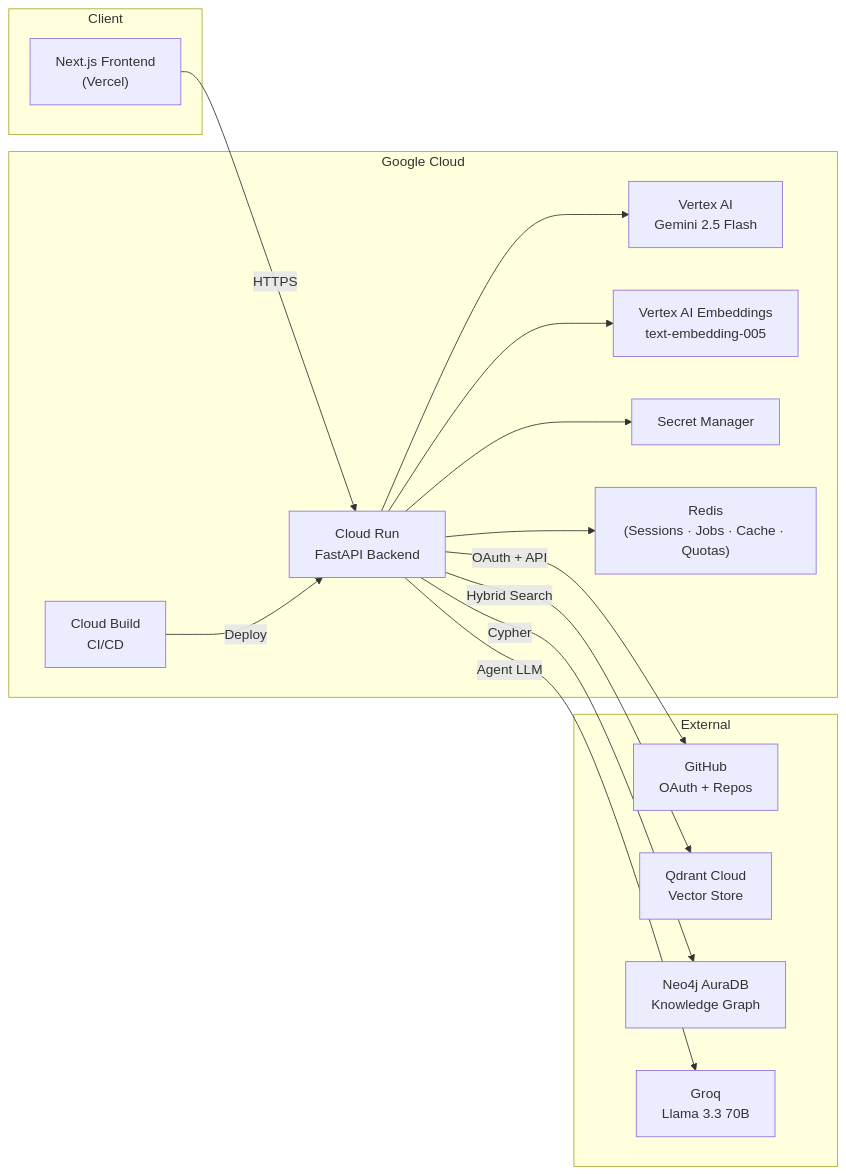
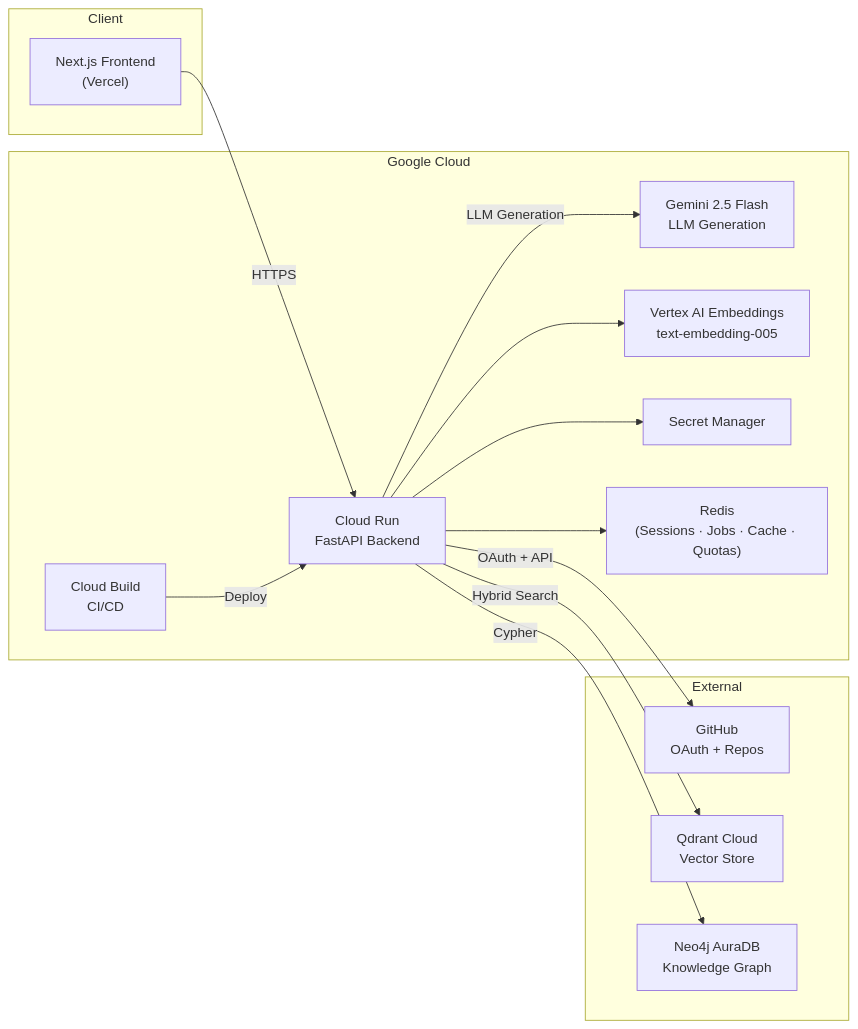
Before and after one commit to sktmbtkr01/Cortex-GraphRAG-Code-Intelligence-Platform: the first of 2 diagrams in README.md, drawn with Mermaid. The commit also changed other lines of this file, not shown here.

````diff
--- a/README.md
+++ b/README.md
@@ -42,33 +42,31 @@
 ```mermaid
 flowchart LR
     subgraph Client
         UI["Next.js Frontend<br/>(Vercel)"]
     end
 
     subgraph Google Cloud
         CR["Cloud Run<br/>FastAPI Backend"]
-        VA["Vertex AI<br/>Gemini 2.5 Flash"]
+        VA["Gemini 2.5 Flash<br/>LLM Generation"]
         VE["Vertex AI Embeddings<br/>text-embedding-005"]
         SM["Secret Manager"]
         CB["Cloud Build<br/>CI/CD"]
         RD["Redis<br/>(Sessions · Jobs · Cache · Quotas)"]
     end
 
     subgraph External
         GH["GitHub<br/>OAuth + Repos"]
         QD["Qdrant Cloud<br/>Vector Store"]
         N4["Neo4j AuraDB<br/>Knowledge Graph"]
-        GQ["Groq<br/>Llama 3.3 70B"]
     end
 
     UI -->|HTTPS| CR
-    CR --> VA
+    CR -->|LLM Generation| VA
     CR --> VE
     CR --> SM
     CR --> RD
     CR -->|OAuth + API| GH
     CR -->|Hybrid Search| QD
     CR -->|Cypher| N4
-    CR -->|Agent LLM| GQ
     CB -->|Deploy| CR
 ```
````
